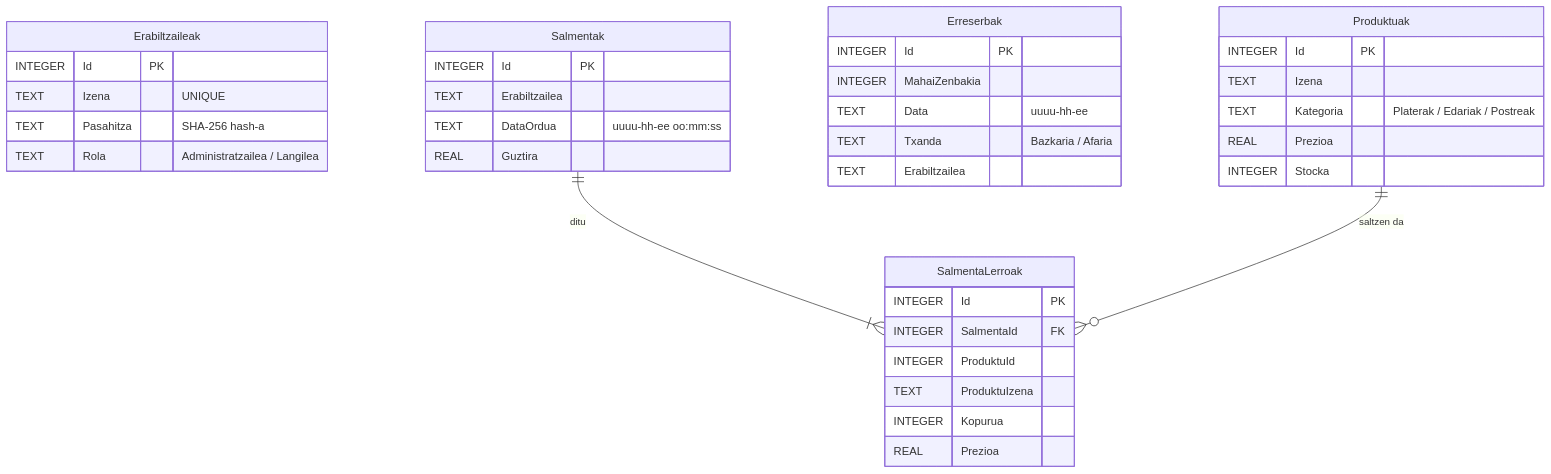
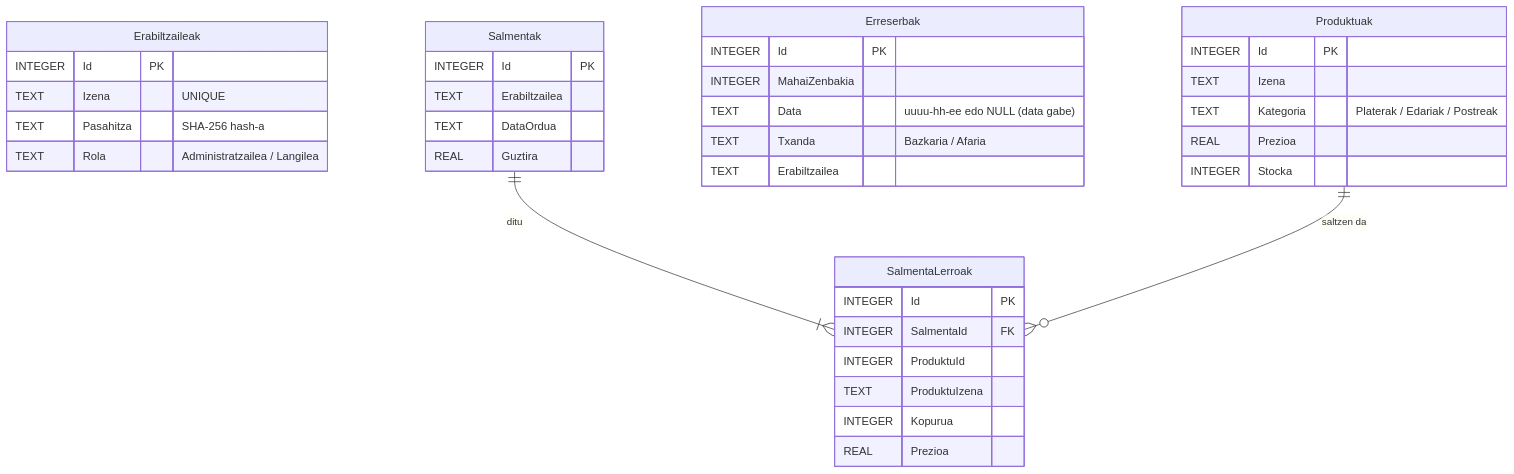
The third of 3 diagrams in docs/DOKUMENTAZIOA.md (danelDAM/TPV), drawn with Mermaid before and after one commit. The commit also changed other lines of this file and 39 other files, not shown here.

````diff
--- a/docs/DOKUMENTAZIOA.md
+++ b/docs/DOKUMENTAZIOA.md
@@ -178,39 +373,39 @@
 ```mermaid
 erDiagram
     Erabiltzaileak {
         INTEGER Id PK
         TEXT Izena "UNIQUE"
         TEXT Pasahitza "SHA-256 hash-a"
         TEXT Rola "Administratzailea / Langilea"
     }
     Produktuak {
         INTEGER Id PK
         TEXT Izena
         TEXT Kategoria "Platerak / Edariak / Postreak"
         REAL Prezioa
         INTEGER Stocka
     }
     Erreserbak {
         INTEGER Id PK
         INTEGER MahaiZenbakia
-        TEXT Data "uuuu-hh-ee"
+        TEXT Data "uuuu-hh-ee edo NULL (data gabe)"
         TEXT Txanda "Bazkaria / Afaria"
         TEXT Erabiltzailea
     }
     Salmentak {
         INTEGER Id PK
         TEXT Erabiltzailea
-        TEXT DataOrdua "uuuu-hh-ee oo:mm:ss"
+        TEXT DataOrdua
         REAL Guztira
     }
     SalmentaLerroak {
         INTEGER Id PK
         INTEGER SalmentaId FK
         INTEGER ProduktuId
         TEXT ProduktuIzena
         INTEGER Kopurua
         REAL Prezioa
     }
     Salmentak ||--|{ SalmentaLerroak : "ditu"
     Produktuak ||--o{ SalmentaLerroak : "saltzen da"
 ```
````
